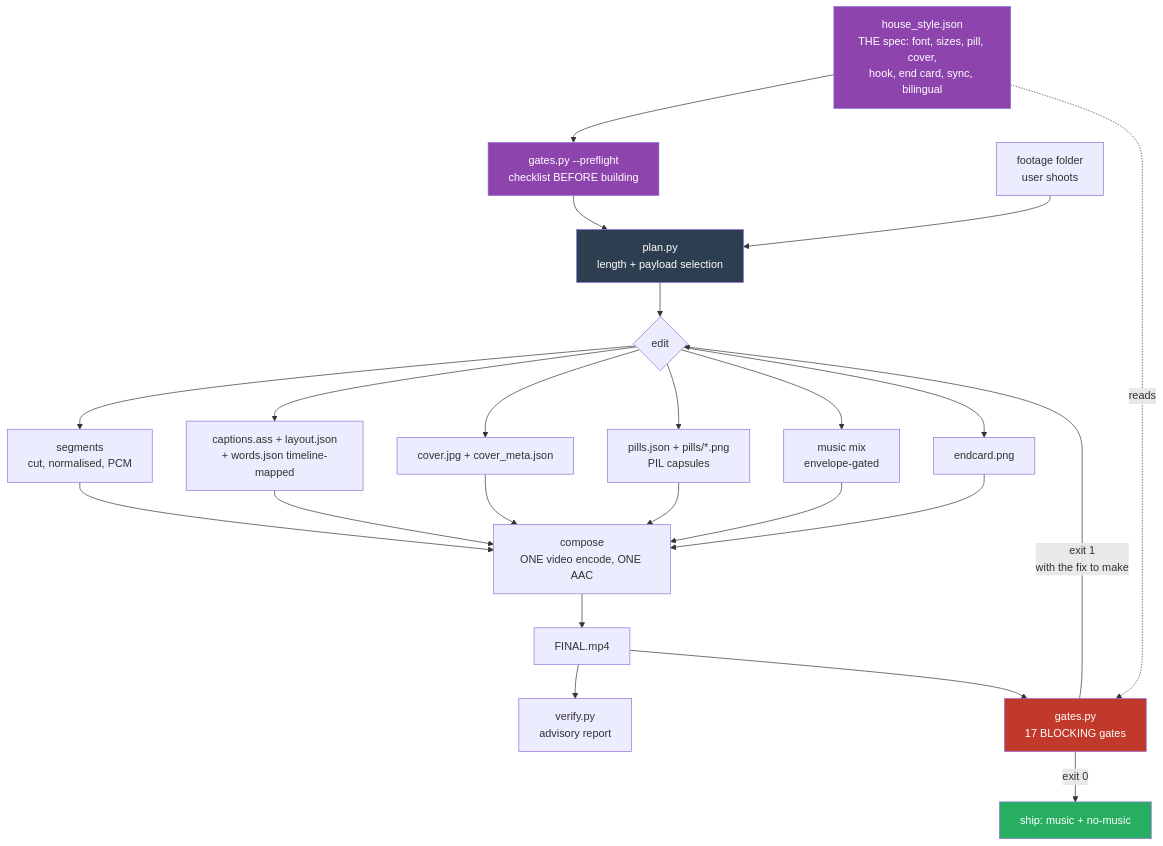
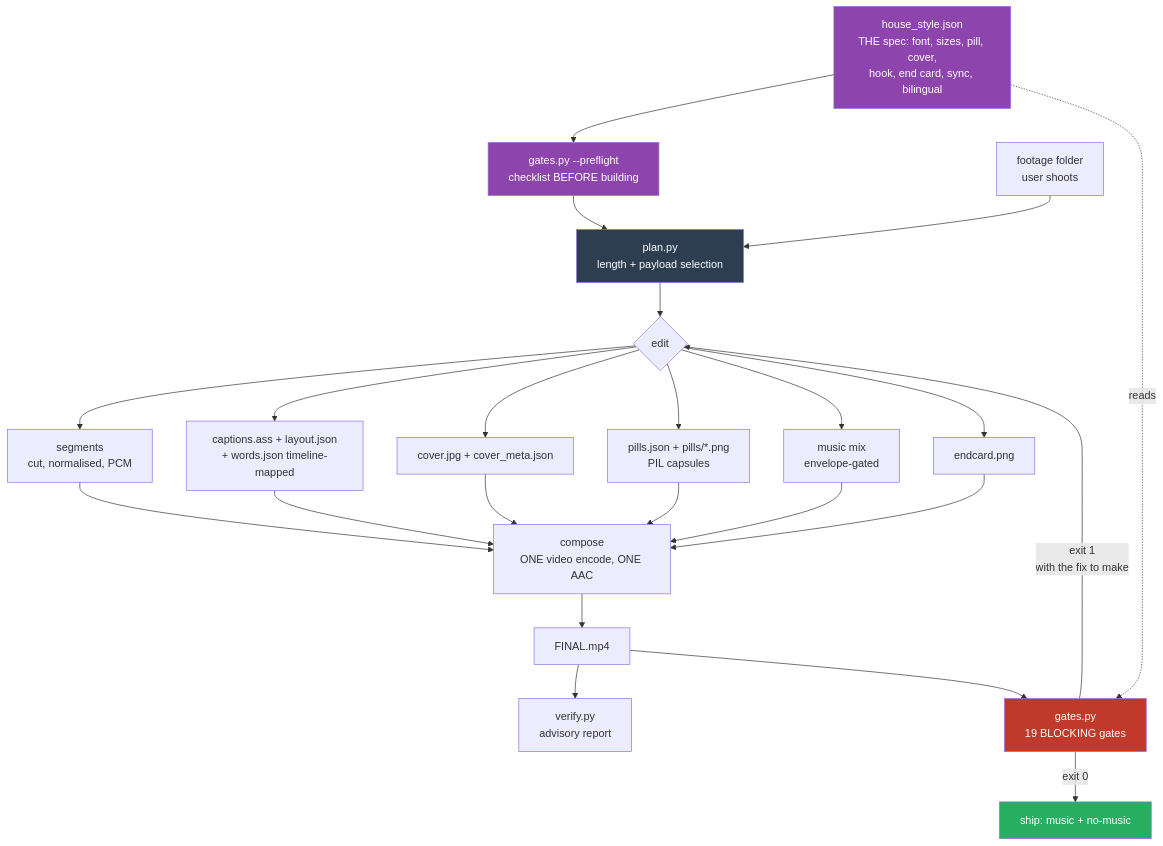
Before and after one commit to chyiiiiiiiiiiii/yiibu: the first of 4 diagrams in skills/yiibu/ARCHITECTURE.md, drawn with Mermaid. The commit also changed other lines of this file and 11 other files, not shown here.

````diff
--- a/skills/yiibu/ARCHITECTURE.md
+++ b/skills/yiibu/ARCHITECTURE.md
@@ -28,32 +28,32 @@
 ```mermaid
 flowchart TD
     HS[house_style.json<br/>THE spec: font, sizes, pill, cover,<br/>hook, end card, sync, bilingual]
     HS --> PF[gates.py --preflight<br/>checklist BEFORE building]
     PF --> B[plan.py<br/>length + payload selection]
     A[footage folder<br/>user shoots] --> B
     B --> C{edit}
     C --> D[segments<br/>cut, normalised, PCM]
     C --> E[captions.ass + layout.json<br/>+ words.json timeline-mapped]
     C --> F[cover.jpg + cover_meta.json]
     C --> P[pills.json + pills/*.png<br/>PIL capsules]
     C --> G[music mix<br/>envelope-gated]
     C --> N[endcard.png]
     D --> H[compose<br/>ONE video encode, ONE AAC]
     E --> H
     F --> H
     P --> H
     G --> H
     N --> H
     H --> I[FINAL.mp4]
     I --> J[verify.py<br/>advisory report]
-    I --> K[gates.py<br/>17 BLOCKING gates]
+    I --> K[gates.py<br/>19 BLOCKING gates]
     HS -.reads.-> K
     K -->|exit 1<br/>with the fix to make| C
     K -->|exit 0| L[ship: music + no-music]
 
     style K fill:#c0392b,color:#fff
     style HS fill:#8e44ad,color:#fff
     style PF fill:#8e44ad,color:#fff
     style B fill:#2c3e50,color:#fff
     style L fill:#27ae60,color:#fff
 ```
````
